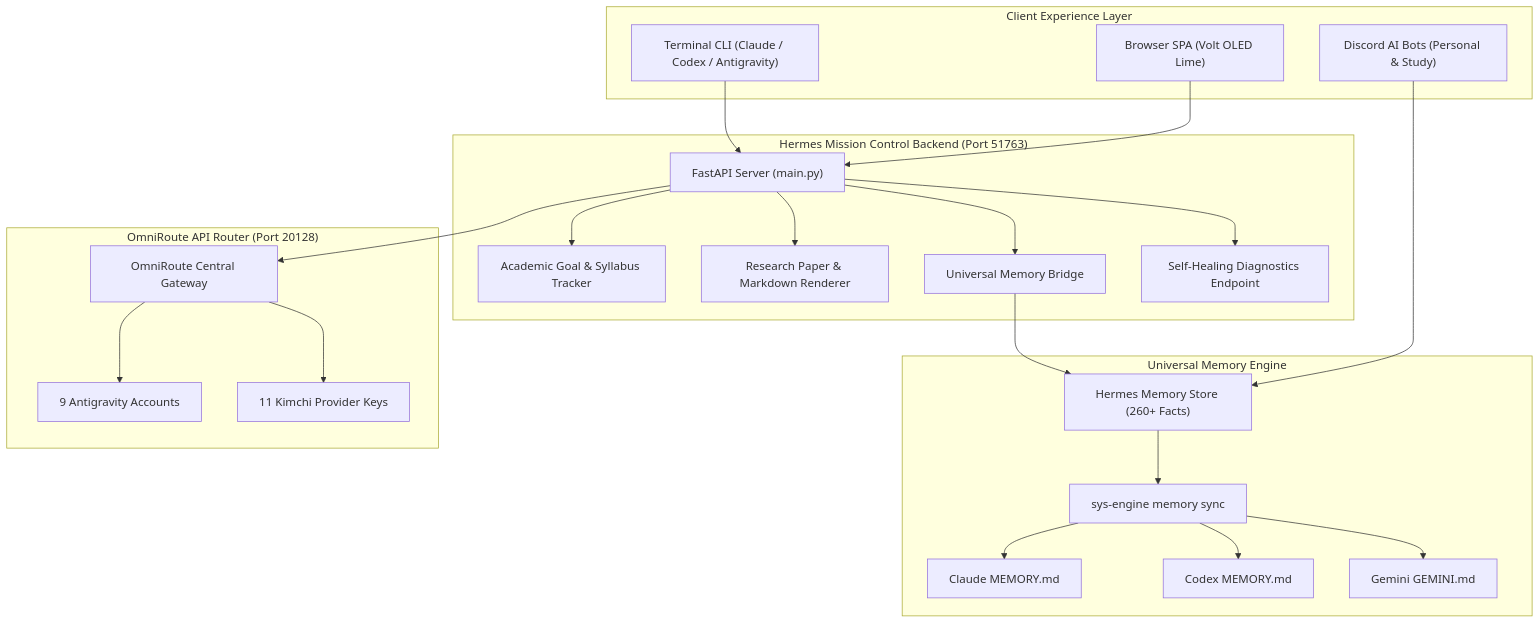
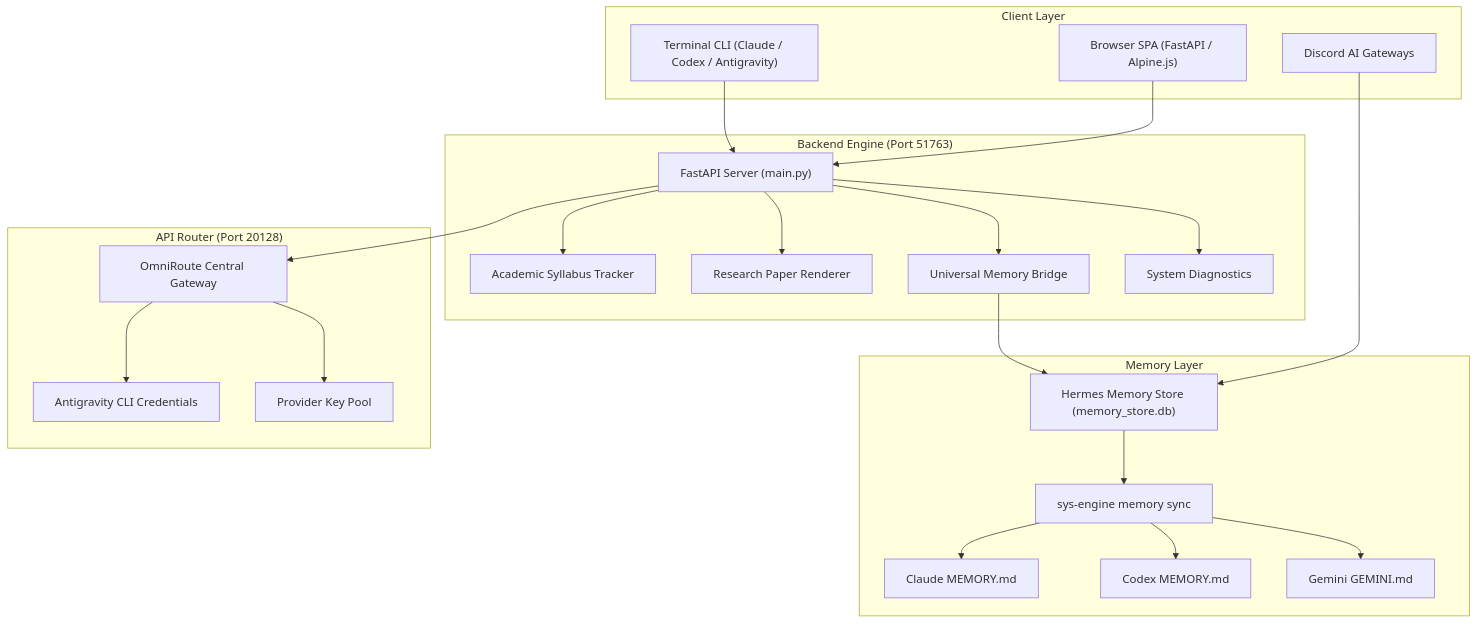
One commit to Dhairya2289/Personal-AI-System changed the diagram in README.md. Above: the diagram before and after it, drawn with Mermaid. The commit also changed other lines of this file, not shown here.

````diff
--- a/README.md
+++ b/README.md
@@ -57,49 +29,49 @@
 ```mermaid
 flowchart TD
-    subgraph Clients ["Client Experience Layer"]
-        UI["Browser SPA (Volt OLED Lime)"]
-        BOT["Discord AI Bots (Personal & Study)"]
+    subgraph Clients ["Client Layer"]
+        UI["Browser SPA (FastAPI / Alpine.js)"]
+        BOT["Discord AI Gateways"]
         CLI_U["Terminal CLI (Claude / Codex / Antigravity)"]
     end
 
-    subgraph Core ["Hermes Mission Control Backend (Port 51763)"]
+    subgraph Core ["Backend Engine (Port 51763)"]
         API["FastAPI Server (main.py)"]
-        TRK["Academic Goal & Syllabus Tracker"]
-        RSR["Research Paper & Markdown Renderer"]
+        TRK["Academic Syllabus Tracker"]
+        RSR["Research Paper Renderer"]
         MEM["Universal Memory Bridge"]
-        HLT["Self-Healing Diagnostics Endpoint"]
+        HLT["System Diagnostics"]
     end
 
-    subgraph MemoryEngine ["Universal Memory Engine"]
-        MDB["Hermes Memory Store (260+ Facts)"]
+    subgraph MemoryEngine ["Memory Layer"]
+        MDB["Hermes Memory Store (memory_store.db)"]
         SYNC["sys-engine memory sync"]
         CL_M["Claude MEMORY.md"]
         CX_M["Codex MEMORY.md"]
         GM_M["Gemini GEMINI.md"]
     end
 
-    subgraph Routing ["OmniRoute API Router (Port 20128)"]
+    subgraph Routing ["API Router (Port 20128)"]
         OM["OmniRoute Central Gateway"]
-        AGY["9 Antigravity Accounts"]
-        KMC["11 Kimchi Provider Keys"]
+        AGY["Antigravity CLI Credentials"]
+        KMC["Provider Key Pool"]
     end
 
     UI --> API
     BOT --> MDB
     CLI_U --> API
 
     API --> TRK
     API --> RSR
     API --> MEM
     API --> HLT
 
     MEM --> MDB
     MDB --> SYNC
     SYNC --> CL_M
     SYNC --> CX_M
     SYNC --> GM_M
 
     API --> OM
     OM --> AGY
     OM --> KMC
 ```
````
